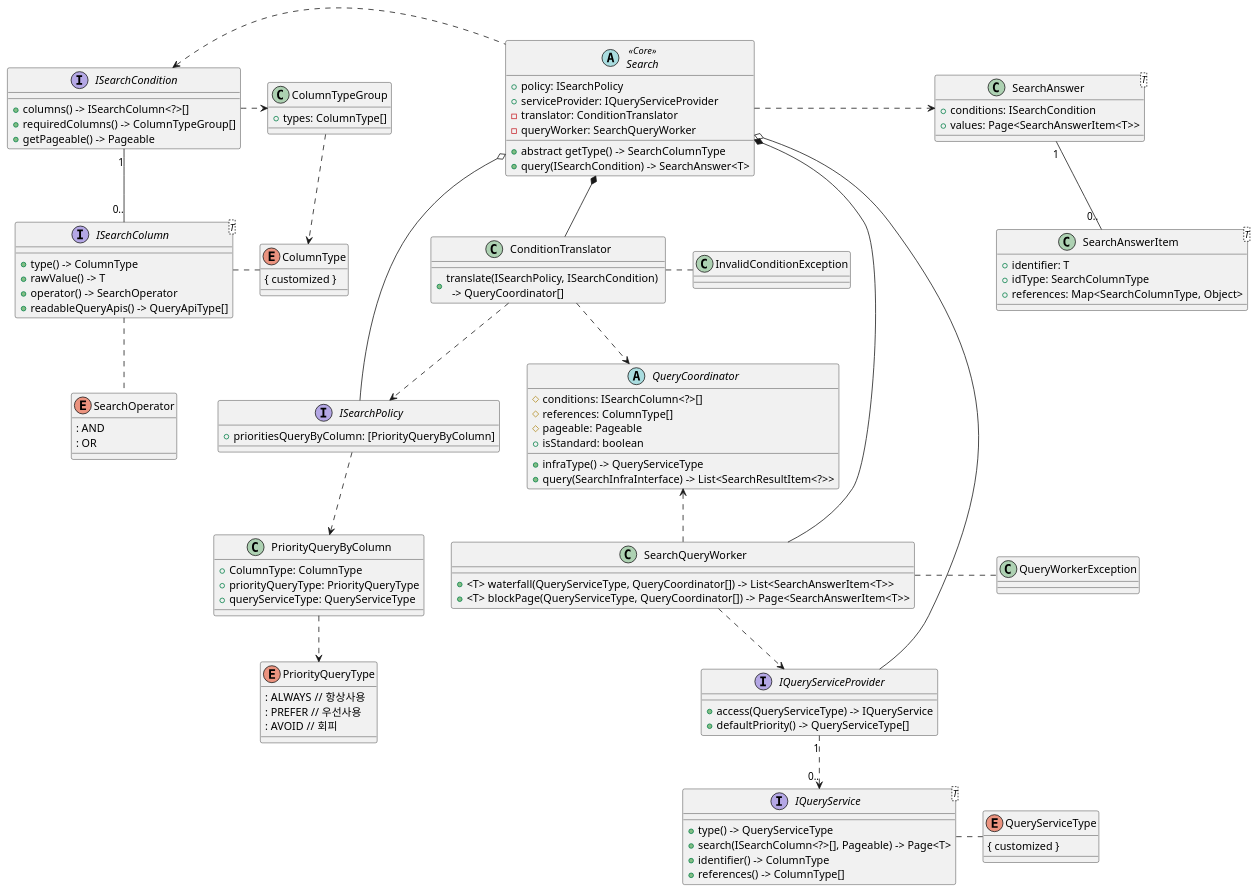
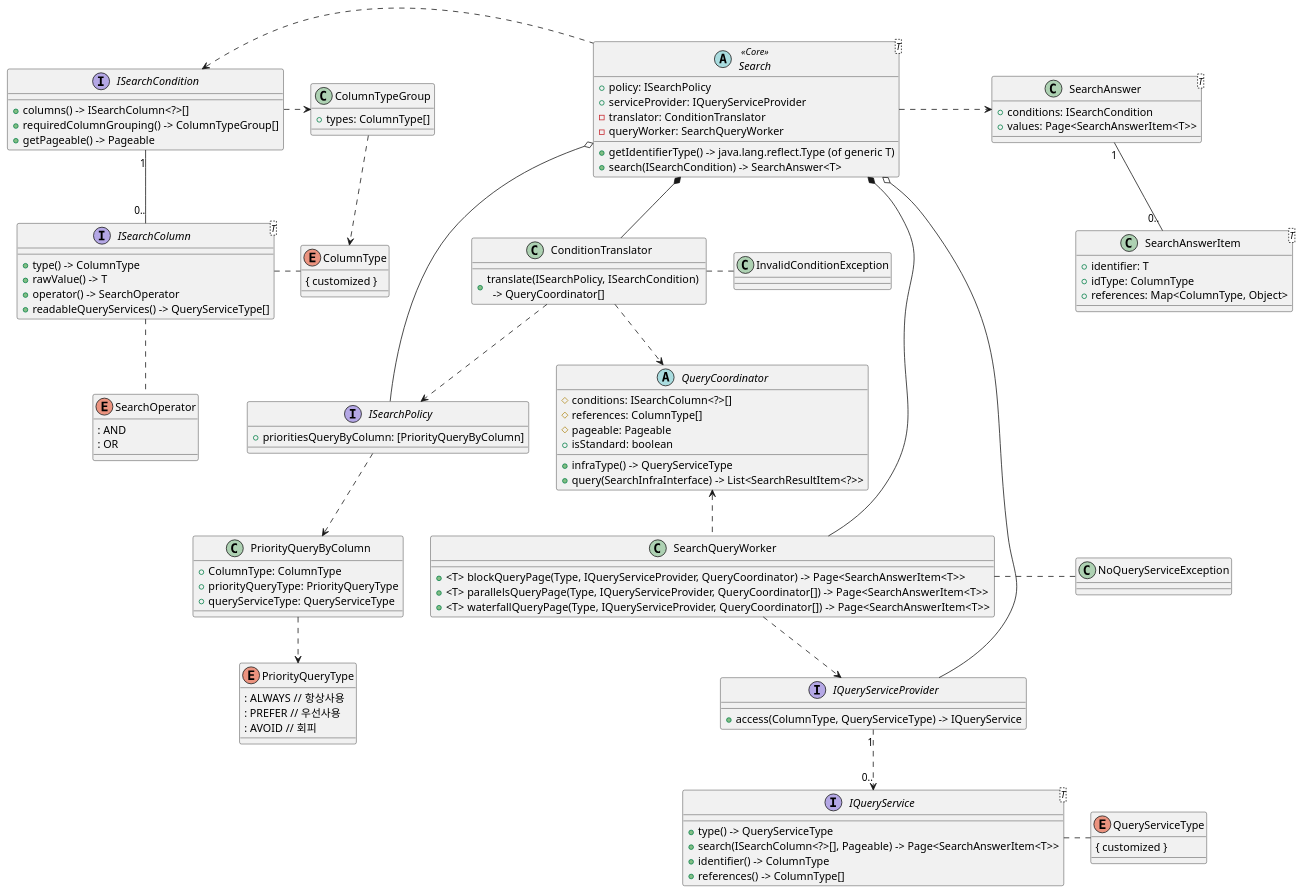
One commit to Deanly/flexible-integrated-searcher changed the diagram in src/main/java/net/deanly/structure/search/domain/search/_doc/class_diagram.puml. Above: the diagram before and after it, drawn with PlantUML. The commit also changed 22 other files, not shown here.

```diff
--- a/src/main/java/net/deanly/structure/search/domain/search/_doc/class_diagram.puml
+++ b/src/main/java/net/deanly/structure/search/domain/search/_doc/class_diagram.puml
@@ -1,172 +1,159 @@
 @startuml
 
 /' SearchProduct
  - Core Domain
 '/
-abstract Search<<Core>> {
+abstract Search<T><<Core>> {
     + policy: ISearchPolicy
     + serviceProvider: IQueryServiceProvider
     - translator: ConditionTranslator
     - queryWorker: SearchQueryWorker
 
-    + abstract getType() -> SearchColumnType
-    + query(ISearchCondition) -> SearchAnswer<T>
+    + getIdentifierType() -> java.lang.reflect.Type (of generic T)
+    + search(ISearchCondition) -> SearchAnswer<T>
 }
 
 /' ISearchCondition
  - 검색 도메인 가시화
  - 검색 조건 정의
  - 버전 관리
 '/
 interface ISearchCondition {
     + columns() -> ISearchColumn<?>[]
-    + requiredColumns() -> ColumnTypeGroup[]
+    + requiredColumnGrouping() -> ColumnTypeGroup[]
     + getPageable() -> Pageable
 }
 
 class ColumnTypeGroup {
     + types: ColumnType[]
 }
 
 interface ISearchColumn<T> {
     + type() -> ColumnType
     + rawValue() -> T
     + operator() -> SearchOperator
-    + readableQueryApis() -> QueryApiType[]
+    + readableQueryServices() -> QueryServiceType[]
 }
 
 enum ColumnType {
     { customized }
 }
 
 enum SearchOperator {
     : AND
     : OR
 }
 
 class SearchAnswer<T> {
     + conditions: ISearchCondition
     + values: Page<SearchAnswerItem<T>>
 }
 
 class SearchAnswerItem<T> {
     + identifier: T
-    + idType: SearchColumnType
-    + references: Map<SearchColumnType, Object>
+    + idType: ColumnType
+    + references: Map<ColumnType, Object>
 }
-
-
-/' ConditionTranslator
-
-validation
- - 필수 값 검사, 실패시 예외 InvalidConditionException.
- - QueryAPIProvider 지원 여부 검사, 실패시 예외 InvalidConditionException.
-
-translation by ISearchPolicy
- 1. Or/And 그룹화.
- 2. PriorityQueryByColumn
-
-'/
 
 class ConditionTranslator {
     + translate(ISearchPolicy, ISearchCondition) \n  -> QueryCoordinator[]
 }
 
 class InvalidConditionException
 
 
 /' ISearchPolicyProvider
 '/
 interface ISearchPolicy {
     + prioritiesQueryByColumn: [PriorityQueryByColumn]
 }
 
 class PriorityQueryByColumn {
     + ColumnType: ColumnType
     + priorityQueryType: PriorityQueryType
     + queryServiceType: QueryServiceType
 }
 
 enum PriorityQueryType {
 : ALWAYS // 항상사용
 : PREFER // 우선사용
 : AVOID // 회피
 }
 
 
-class QueryWorkerException
+class NoQueryServiceException
 
 /' SearchQueryWorker
 '/
 class SearchQueryWorker {
-    + <T> waterfall(QueryServiceType, QueryCoordinator[]) -> List<SearchAnswerItem<T>>
-    + <T> blockPage(QueryServiceType, QueryCoordinator[]) -> Page<SearchAnswerItem<T>>
+    + <T> blockQueryPage(Type, IQueryServiceProvider, QueryCoordinator) -> Page<SearchAnswerItem<T>>
+    + <T> parallelsQueryPage(Type, IQueryServiceProvider, QueryCoordinator[]) -> Page<SearchAnswerItem<T>>
+    + <T> waterfallQueryPage(Type, IQueryServiceProvider, QueryCoordinator[]) -> Page<SearchAnswerItem<T>>
 }
 
 /' QueryCoordinator
 '/
 abstract QueryCoordinator {
     # conditions: ISearchColumn<?>[]
     # references: ColumnType[]
     # pageable: Pageable
     + isStandard: boolean
     + infraType() -> QueryServiceType
     + query(SearchInfraInterface) -> List<SearchResultItem<?>>
 }
 
 /' IQueryService
  - 기본 순서는 IQueryServiceProvider 에 정의된 순서.
 '/
 interface IQueryService<T> {
     + type() -> QueryServiceType
-    + search(ISearchColumn<?>[], Pageable) -> Page<T>
+    + search(ISearchColumn<?>[], Pageable) -> Page<SearchAnswerItem<T>>
     + identifier() -> ColumnType
     + references() -> ColumnType[]
 }
 
 interface IQueryServiceProvider {
-    + access(QueryServiceType) -> IQueryService
-    + defaultPriority() -> QueryServiceType[]
+    + access(ColumnType, QueryServiceType) -> IQueryService
 }
 
 enum QueryServiceType {
 { customized }
 }
 
 
 Search .> SearchAnswer
 Search *-- SearchQueryWorker
 Search *-- ConditionTranslator
 Search o--- IQueryServiceProvider
 Search o--- ISearchPolicy
 
 ISearchCondition "1" -- "0.." ISearchColumn
 ISearchCondition <. Search
 ISearchCondition .> ColumnTypeGroup
 
 ISearchColumn . ColumnType
 ISearchColumn .. SearchOperator
 
 ColumnTypeGroup ..> ColumnType
 
 IQueryServiceProvider "1" ..> "0.." IQueryService
 
 IQueryService . QueryServiceType
 
 ISearchPolicy ..> PriorityQueryByColumn
 
 PriorityQueryByColumn ..> PriorityQueryType
 
 ConditionTranslator ..> ISearchPolicy
 
 SearchQueryWorker ..> IQueryServiceProvider
-SearchQueryWorker . QueryWorkerException
+SearchQueryWorker . NoQueryServiceException
 
 QueryCoordinator <.. SearchQueryWorker
 
 ConditionTranslator ..> QueryCoordinator
 ConditionTranslator . InvalidConditionException
 
 SearchAnswer "1" -- "0.." SearchAnswerItem
 
 @enduml
```
